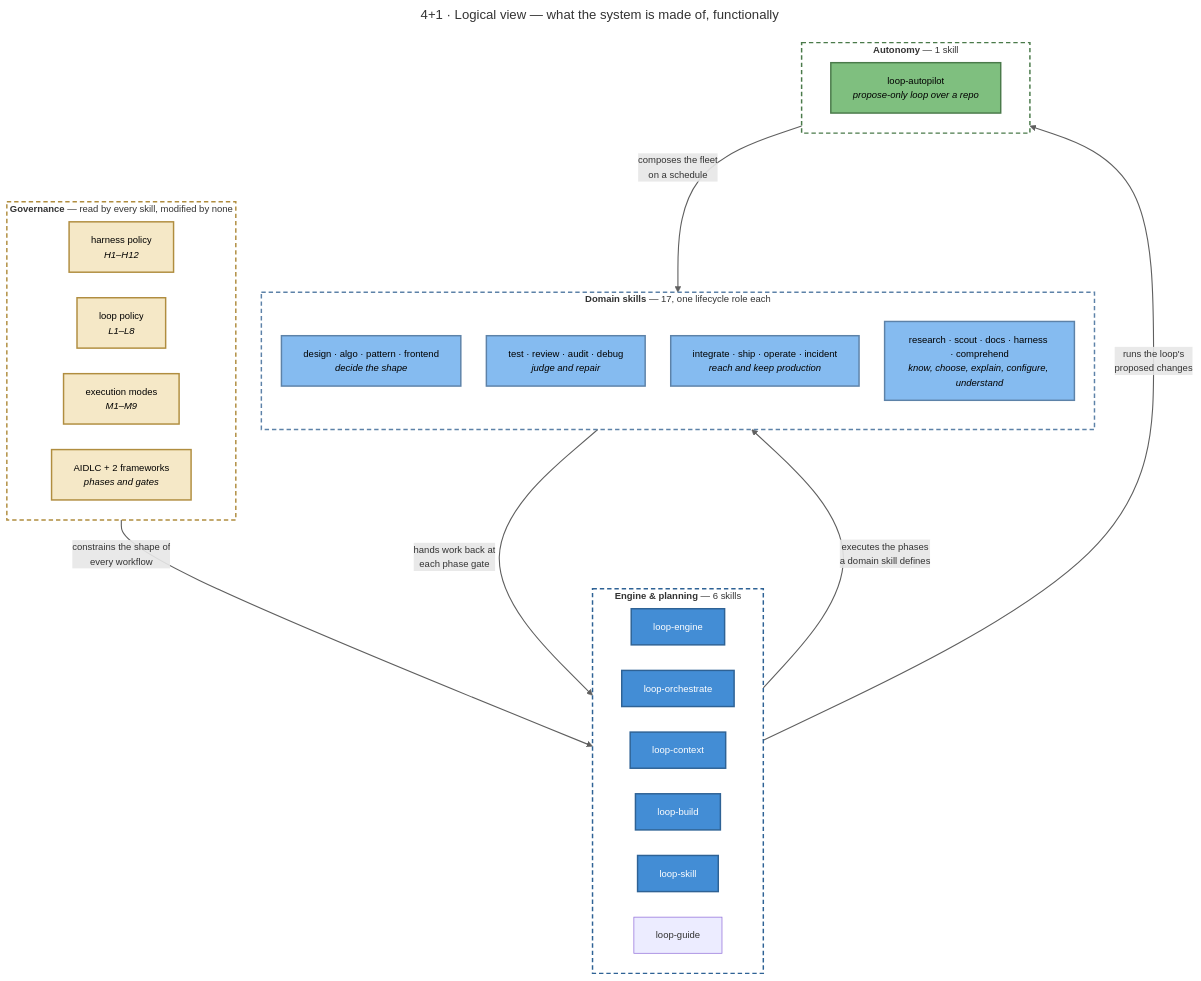
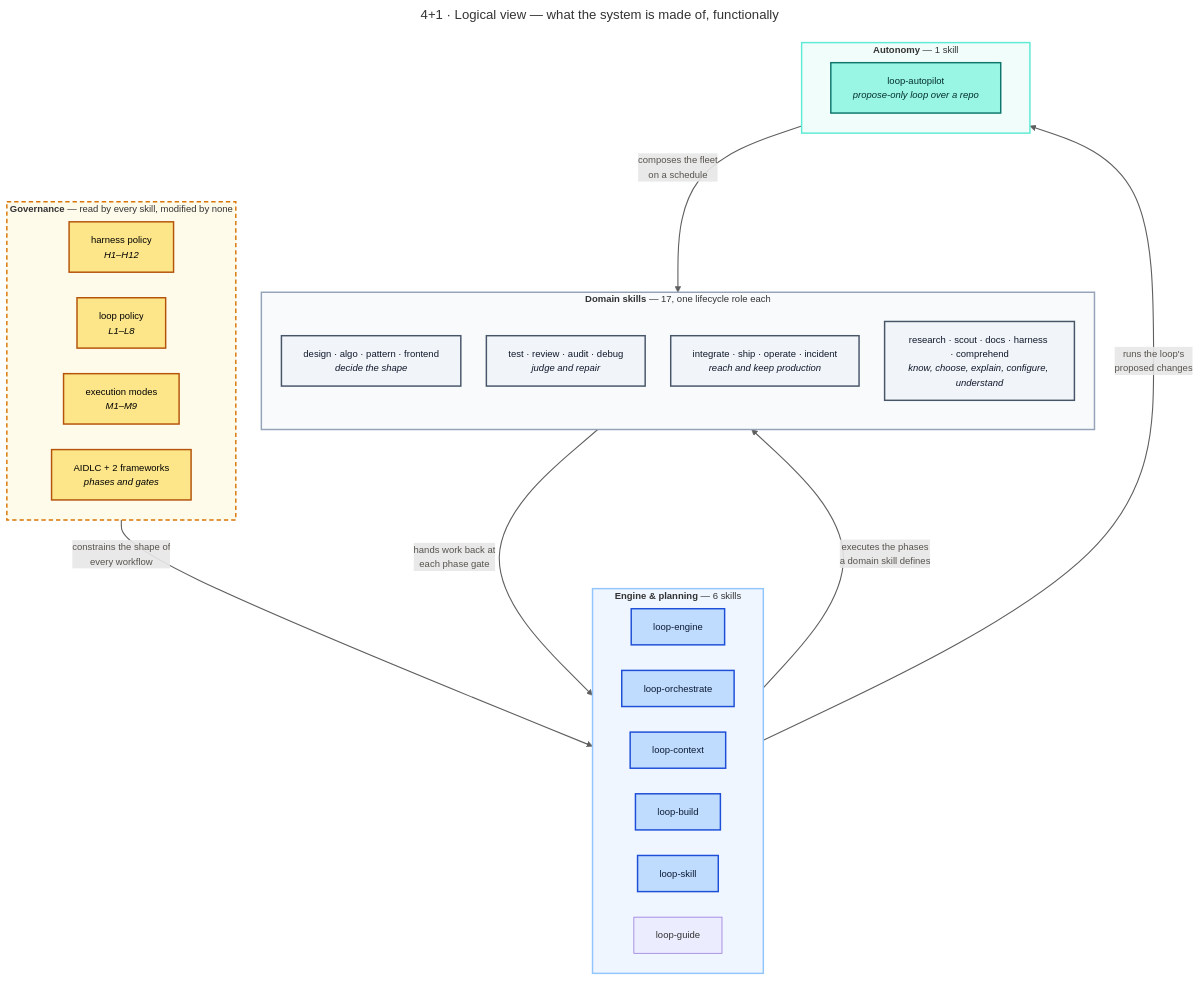
The diagram in docs/c4/diagrams/src/view-logical.mmd (santapong/Proof), drawn with Mermaid before and after one commit. The commit also changed 35 other files, not shown here.

First line of the commit message:
Diagrams: apply the family palette to all 18 sources

```diff
--- a/docs/c4/diagrams/src/view-logical.mmd
+++ b/docs/c4/diagrams/src/view-logical.mmd
@@ -1,54 +1,54 @@
 ---
 title: "4+1 · Logical view — what the system is made of, functionally"
 ---
 %%{init: {"flowchart": {"curve": "basis", "nodeSpacing": 35, "rankSpacing": 55}, "themeVariables": {"fontFamily": "Segoe UI, Helvetica, Arial, sans-serif", "fontSize": "13px"}}}%%
 flowchart TB
     subgraph gov["<b>Governance</b> — read by every skill, modified by none"]
         direction LR
         harness["harness policy<br/><i>H1–H12</i>"]
         loop["loop policy<br/><i>L1–L8</i>"]
         modes["execution modes<br/><i>M1–M9</i>"]
         aidlc["AIDLC + 2 frameworks<br/><i>phases and gates</i>"]
     end
 
     subgraph engine["<b>Engine &amp; planning</b> — 6 skills"]
         direction LR
         e1["loop-engine"]
         e2["loop-orchestrate"]
         e3["loop-context"]
         e4["loop-build"]
         e5["loop-skill"]
         e6["loop-guide"]
     end
 
     subgraph domain["<b>Domain skills</b> — 17, one lifecycle role each"]
         direction TB
         d1["design · algo · pattern · frontend<br/><i>decide the shape</i>"]
         d2["test · review · audit · debug<br/><i>judge and repair</i>"]
         d3["integrate · ship · operate · incident<br/><i>reach and keep production</i>"]
         d4["research · scout · docs · harness · comprehend<br/><i>know, choose, explain, configure, understand</i>"]
     end
 
     subgraph auto["<b>Autonomy</b> — 1 skill"]
         a1["loop-autopilot<br/><i>propose-only loop over a repo</i>"]
     end
 
     gov -- "constrains the shape of<br/>every workflow" --> engine
     engine -- "executes the phases<br/>a domain skill defines" --> domain
     domain -- "hands work back at<br/>each phase gate" --> engine
     auto -- "composes the fleet<br/>on a schedule" --> domain
     engine -- "runs the loop's<br/>proposed changes" --> auto
 
-    classDef law fill:#F5E8C7,stroke:#B08D3F,stroke-width:2px,color:#000
-    classDef eng fill:#438DD5,stroke:#2E6295,stroke-width:2px,color:#fff
-    classDef dom fill:#85BBF0,stroke:#5D82A8,stroke-width:2px,color:#000
-    classDef aut fill:#7FBF7F,stroke:#4A7A4A,stroke-width:2px,color:#000
+    classDef law fill:#FDE68A,stroke:#B45309,stroke-width:2px,color:#000
+    classDef eng fill:#BFDBFE,stroke:#1D4ED8,stroke-width:2px,color:#0C1B33
+    classDef dom fill:#F1F5F9,stroke:#475569,stroke-width:2px,color:#0F172A
+    classDef aut fill:#99F6E4,stroke:#0F766E,stroke-width:2px,color:#042F2E
     class harness,loop,modes,aidlc law
     class e1,e2,e3,e4,e5 eng
     class d1,d2,d3,d4 dom
     class a1 aut
-    style gov fill:none,stroke:#B08D3F,stroke-width:2px,stroke-dasharray:6 4
-    style engine fill:none,stroke:#2E6295,stroke-width:2px,stroke-dasharray:6 4
-    style domain fill:none,stroke:#5D82A8,stroke-width:2px,stroke-dasharray:6 4
-    style auto fill:none,stroke:#4A7A4A,stroke-width:2px,stroke-dasharray:6 4
-    linkStyle default stroke:#5F5F5F,stroke-width:1.5px,color:#333
+    style gov fill:#FFFBEB,stroke:#D97706,stroke-width:2px,stroke-dasharray:6 4
+    style engine fill:#EFF6FF,stroke:#93C5FD,stroke-width:2px
+    style domain fill:#F8FAFC,stroke:#94A3B8,stroke-width:2px
+    style auto fill:#F0FDFA,stroke:#5EEAD4,stroke-width:2px
+    linkStyle default stroke:#5F5F5F,stroke-width:1.5px,color:#57534E
```
